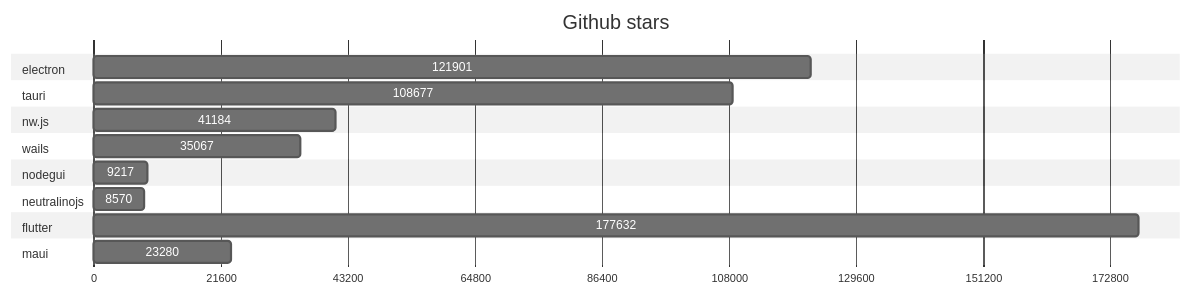
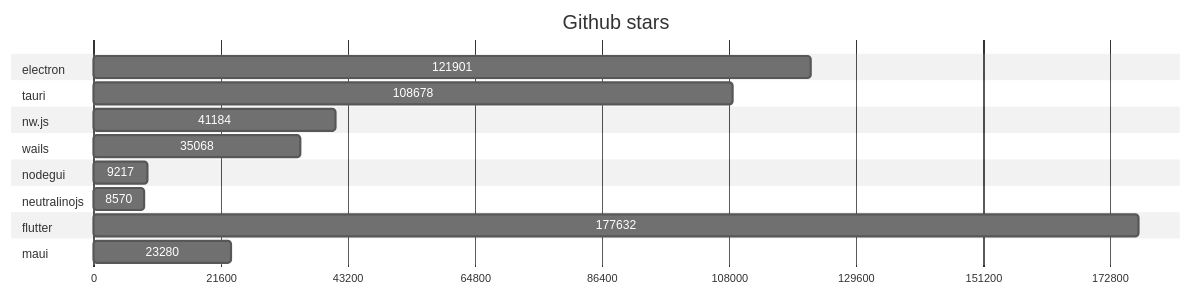
Before and after one commit to Elanis/web-to-desktop-framework-comparison: the first of 2 diagrams in GRAPHS.md, drawn with Mermaid (neutral theme). The commit also changed 1 other file, not shown here.

Commit message:
Update stars & Fork

````diff
--- a/GRAPHS.md
+++ b/GRAPHS.md
@@ -5,40 +5,40 @@
 ```mermaid
 gantt
     title Github stars
     dateFormat  X
     axisFormat %s
 
 
 	section electron
 	121901 : 0, 121901
 
 	
 	section tauri
-	108677 : 0, 108677
+	108678 : 0, 108678
 
 	
 	section nw.js
 	41184 : 0, 41184
 
 	
 	section wails
-	35067 : 0, 35067
+	35068 : 0, 35068
 
 	
 	section nodegui
 	9217 : 0, 9217
 
 	
 	section neutralinojs
 	8570 : 0, 8570
 
 	
 	section flutter
 	177632 : 0, 177632
 
 	
 	section maui
 	23280 : 0, 23280
 
 	
 ```
````
